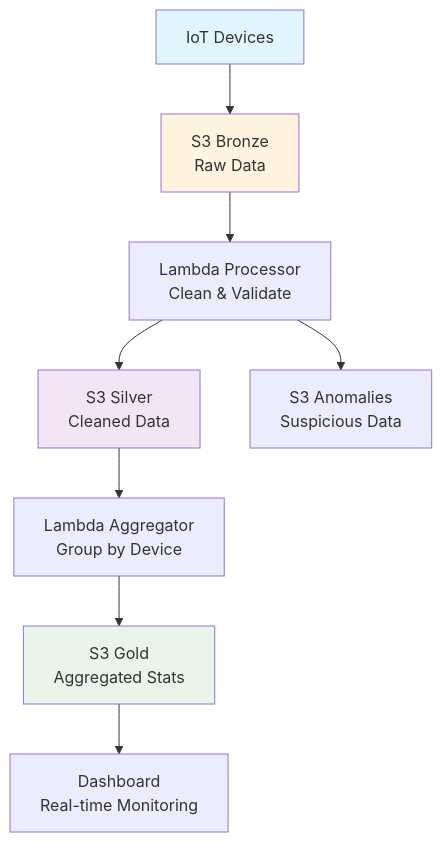
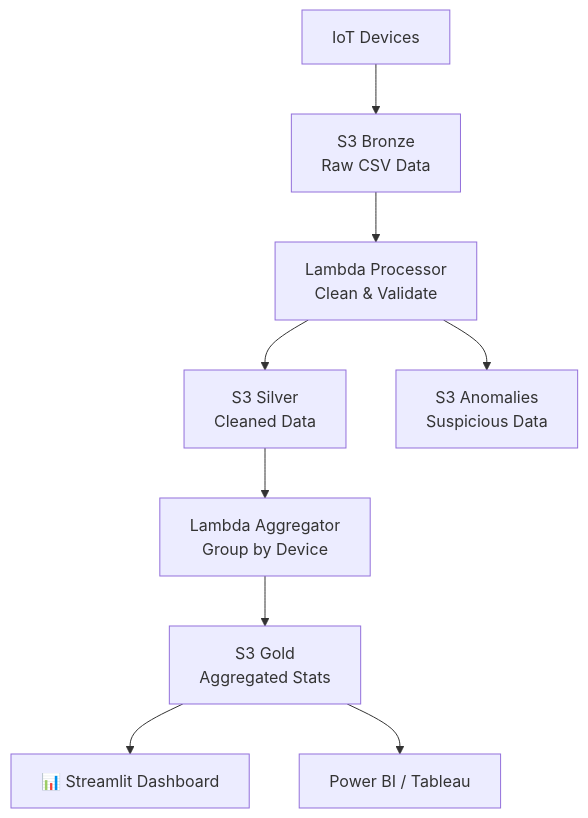
The diagram in README.md (pashitox/VantageFlow-Cloud-AWS), drawn with Mermaid before and after one commit. The commit also changed other lines of this file and 22 other files, not shown here.

````diff
--- a/README.md
+++ b/README.md
@@ -25,15 +15,11 @@
 ```mermaid
-graph TD
-    A[IoT Devices] --> B[S3 Bronze<br/>Raw Data]
+flowchart TD
+    A[IoT Devices] --> B[S3 Bronze<br/>Raw CSV Data]
     B --> C[Lambda Processor<br/>Clean & Validate]
     C --> D[S3 Silver<br/>Cleaned Data]
     C --> E[S3 Anomalies<br/>Suspicious Data]
     D --> F[Lambda Aggregator<br/>Group by Device]
     F --> G[S3 Gold<br/>Aggregated Stats]
-    G --> H[Dashboard<br/>Real-time Monitoring]
-    
-    style A fill:#e1f5fe
-    style B fill:#fff3e0
-    style D fill:#f3e5f5
-    style G fill:#e8f5e8
+    G --> H[📊 Streamlit Dashboard]
+    G --> I[Power BI / Tableau]
 ```
````
